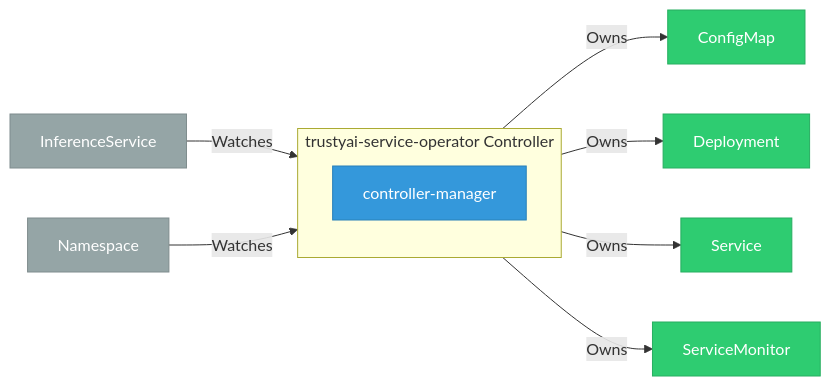
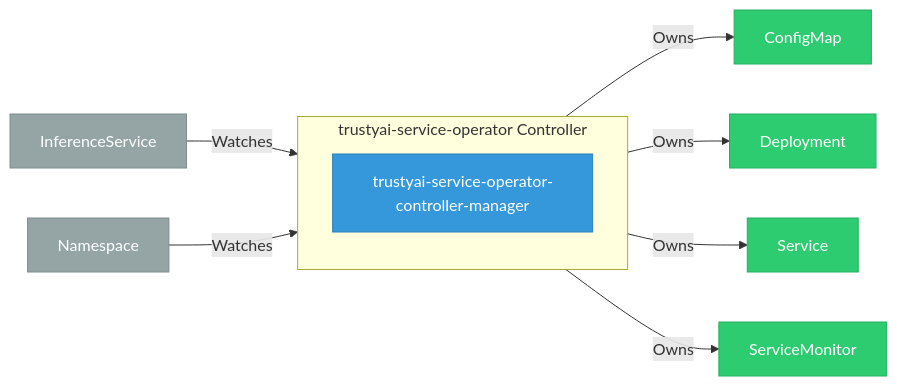
The diagram in site/docs/odh-platform/components/trustyai_service_operator/index.md (ugiordan/architecture-analyzer), drawn with Mermaid before and after one commit. The commit also changed other lines of this file and 299 other files, not shown here.

````diff
--- a/site/docs/odh-platform/components/trustyai_service_operator/index.md
+++ b/site/docs/odh-platform/components/trustyai_service_operator/index.md
@@ -25,28 +25,28 @@
 ```mermaid
 graph LR
     %% Component architecture for trustyai-service-operator
 
     classDef crd fill:#e74c3c,stroke:#c0392b,color:#fff
     classDef controller fill:#3498db,stroke:#2980b9,color:#fff
     classDef owned fill:#2ecc71,stroke:#27ae60,color:#fff
     classDef external fill:#95a5a6,stroke:#7f8c8d,color:#fff
     classDef dep fill:#f39c12,stroke:#e67e22,color:#fff
 
     subgraph controller["trustyai-service-operator Controller"]
-        dep_1["controller-manager"]
+        dep_1["trustyai-service-operator-controller-manager"]
         class dep_1 controller
     end
 
     controller -->|"Owns"| owned_2["ConfigMap"]
     class owned_2 owned
     controller -->|"Owns"| owned_3["Deployment"]
     class owned_3 owned
     controller -->|"Owns"| owned_4["Service"]
     class owned_4 owned
     controller -->|"Owns"| owned_5["ServiceMonitor"]
     class owned_5 owned
     watch_6["InferenceService"] -->|"Watches"| controller
     class watch_6 external
     watch_7["Namespace"] -->|"Watches"| controller
     class watch_7 external
 ```
````
